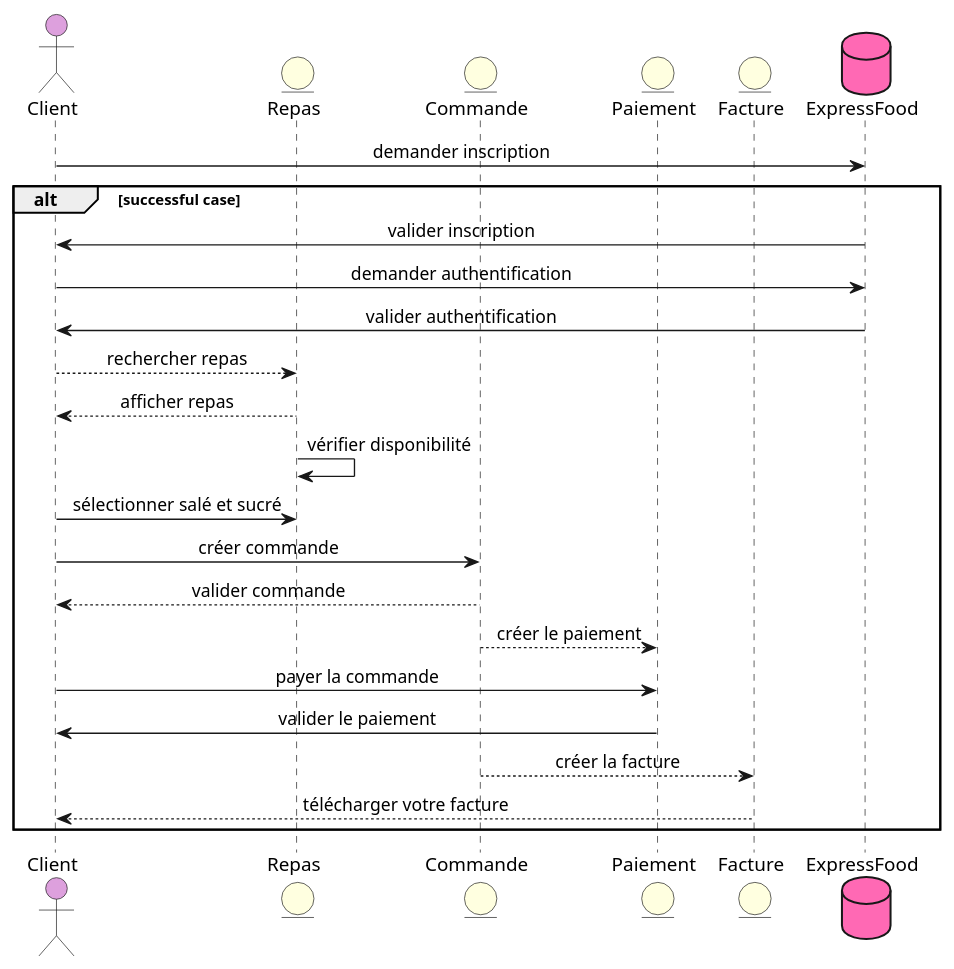
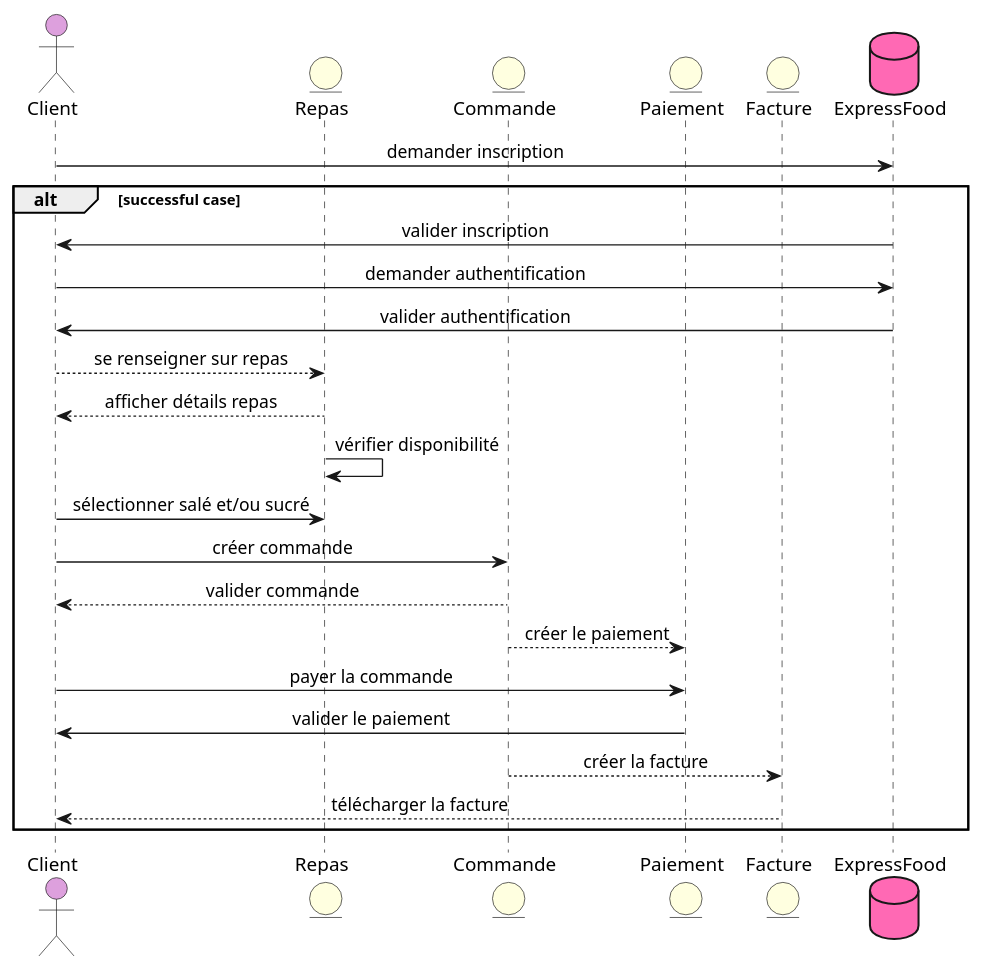
Before and after one commit to laurasullyalexandrine/expressfood: the diagram in Sequence/ClientSequence.puml, drawn with PlantUML. The commit also changed 2 other files, not shown here.

Commit message:
change termes to all Sequences

```diff
--- a/Sequence/ClientSequence.puml
+++ b/Sequence/ClientSequence.puml
@@ -1,39 +1,39 @@
 @startuml ClientSequence
 
 skinparam responseMessageBelowArrow true
 skinparam SequenceMessageAlignment center
 
 actor Client as Client #Plum
 
 entity Repas as Repas #LightYellow
 entity Commande as Commande #LightYellow
 entity Paiement as Paiement #LightYellow
 entity Facture as Facture #LightYellow
 
 database ExpressFood as ExpressFood #HotPink
 
 
 Client -> ExpressFood: demander inscription
 alt successful case
 ExpressFood -> Client: valider inscription 
 
 Client  -> ExpressFood: demander authentification 
 ExpressFood -> Client: valider authentification 
 
-Client  --> Repas: rechercher repas
-Repas  --> Client: afficher repas
+Client  --> Repas: se renseigner sur repas
+Repas  --> Client: afficher détails repas
 Repas -> Repas: vérifier disponibilité
-Client -> Repas: sélectionner salé et sucré
+Client -> Repas: sélectionner salé et/ou sucré
 
 Client -> Commande: créer commande
 Commande --> Client: valider commande
 
 Commande --> Paiement: créer le paiement
 Client -> Paiement: payer la commande
 Paiement -> Client: valider le paiement
 
 Commande --> Facture: créer la facture
-Facture --> Client: télécharger votre facture
+Facture --> Client: télécharger la facture
 
 end
 @enduml
```
